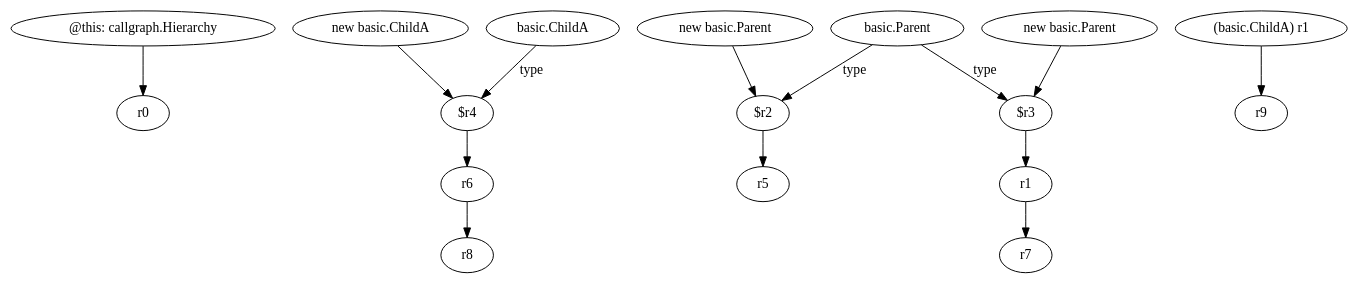
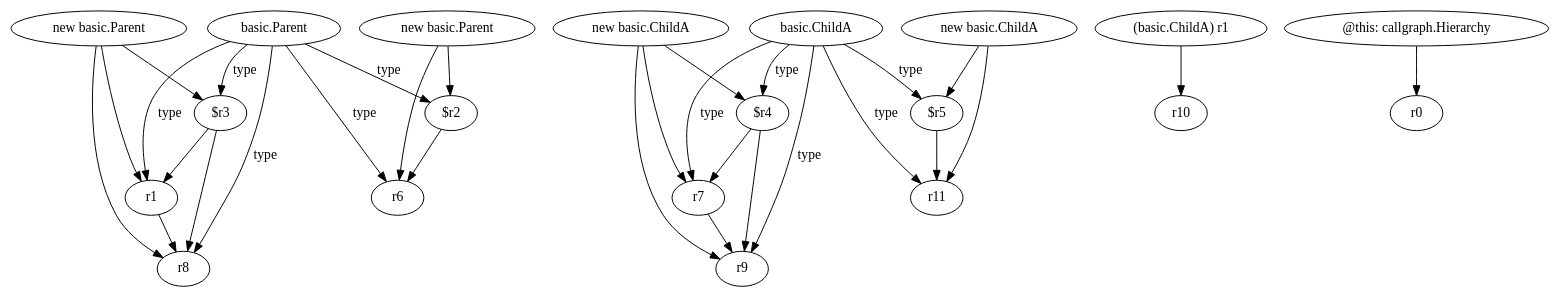
Before and after one commit to SeanCoek/zString: the diagram in relation2/<callgraph.Hierarchy: void assign()>.dot, drawn with Graphviz. The commit also changed 36 other files, not shown here.

```diff
--- a/relation2/<callgraph.Hierarchy: void assign()>.dot
+++ b/relation2/<callgraph.Hierarchy: void assign()>.dot
@@ -1,32 +1,52 @@
 digraph g {
-0[label="@this: callgraph.Hierarchy"]
-1[label="r0"]
+0[label="new basic.Parent"]
+1[label="$r3"]
 0->1[label=""]
-2[label="r6"]
-3[label="r8"]
-2->3[label=""]
-4[label="new basic.Parent"]
-5[label="$r2"]
-4->5[label=""]
-6[label="new basic.ChildA"]
-7[label="$r4"]
+2[label="basic.ChildA"]
+3[label="$r4"]
+2->3[label="type"]
+4[label="r1"]
+1->4[label=""]
+5[label="new basic.ChildA"]
+5->3[label=""]
+6[label="r7"]
+7[label="r9"]
 6->7[label=""]
-8[label="$r3"]
-9[label="r1"]
-8->9[label=""]
-10[label="r7"]
+3->7[label=""]
+8[label="r8"]
+4->8[label=""]
+9[label="new basic.ChildA"]
+10[label="r11"]
 9->10[label=""]
-11[label="basic.Parent"]
-11->8[label="type"]
-12[label="basic.ChildA"]
-12->7[label="type"]
-13[label="r5"]
-5->13[label=""]
-11->5[label="type"]
-14[label="(basic.ChildA) r1"]
-15[label="r9"]
-14->15[label=""]
-7->2[label=""]
-16[label="new basic.Parent"]
-16->8[label=""]
+5->6[label=""]
+2->10[label="type"]
+2->6[label="type"]
+11[label="new basic.Parent"]
+12[label="$r2"]
+11->12[label=""]
+0->4[label=""]
+2->7[label="type"]
+13[label="(basic.ChildA) r1"]
+14[label="r10"]
+13->14[label=""]
+15[label="r6"]
+11->15[label=""]
+1->8[label=""]
+0->8[label=""]
+16[label="$r5"]
+16->10[label=""]
+17[label="basic.Parent"]
+17->4[label="type"]
+17->12[label="type"]
+18[label="@this: callgraph.Hierarchy"]
+19[label="r0"]
+18->19[label=""]
+3->6[label=""]
+17->8[label="type"]
+9->16[label=""]
+2->16[label="type"]
+12->15[label=""]
+17->1[label="type"]
+5->7[label=""]
+17->15[label="type"]
 }
```
